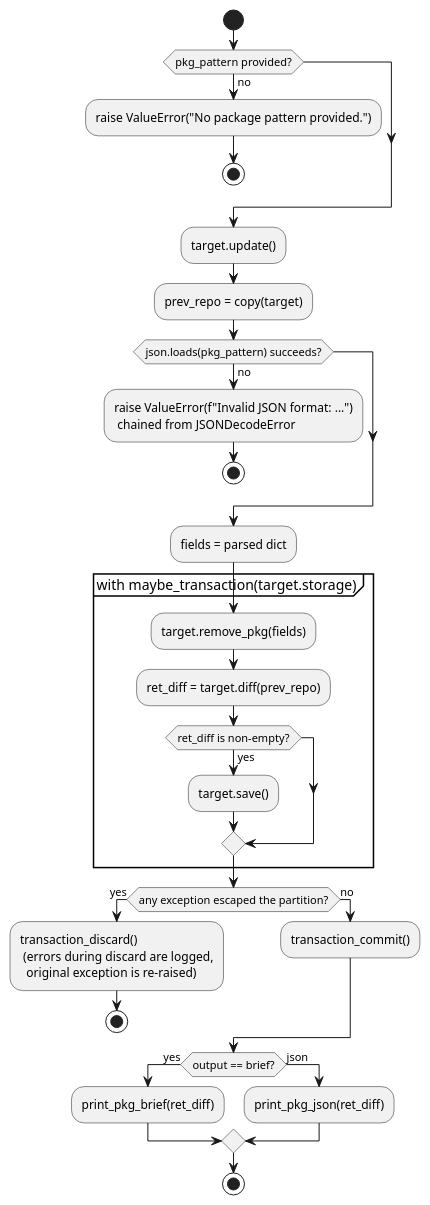
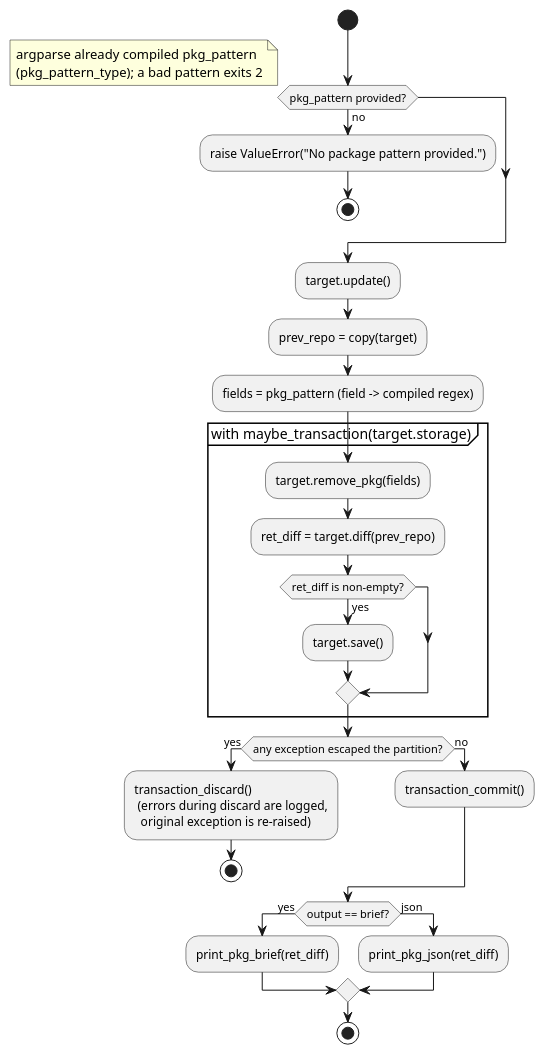
The diagram in docs/development/diagrams/action-pkg-remove-activity.puml (vinklat/debkit), drawn with PlantUML before and after one commit. The commit also changed 19 other files, not shown here.

First line of the commit message:
Validate --pkg-pattern at the CLI boundary

```diff
--- a/docs/development/diagrams/action-pkg-remove-activity.puml
+++ b/docs/development/diagrams/action-pkg-remove-activity.puml
@@ -1,41 +1,39 @@
 @startuml
 start
 if (pkg_pattern provided?) then (no)
   :raise ValueError("No package pattern provided.");
   stop
 endif
+note right
+  argparse already compiled pkg_pattern
+  (pkg_pattern_type); a bad pattern exits 2
+end note
 
 :target.update();
 :prev_repo = copy(target);
-
-if (json.loads(pkg_pattern) succeeds?) then (no)
-  :raise ValueError(f"Invalid JSON format: ...")
-   chained from JSONDecodeError;
-  stop
-endif
-:fields = parsed dict;
+:fields = pkg_pattern (field -> compiled regex);
 
 partition "with maybe_transaction(target.storage)" {
   :target.remove_pkg(fields);
   :ret_diff = target.diff(prev_repo);
   if (ret_diff is non-empty?) then (yes)
     :target.save();
   endif
 }
 
 if (any exception escaped the partition?) then (yes)
   :transaction_discard()
    (errors during discard are logged,
     original exception is re-raised);
   stop
 else (no)
   :transaction_commit();
 endif
 
 if (output == brief?) then (yes)
   :print_pkg_brief(ret_diff);
 else (json)
   :print_pkg_json(ret_diff);
 endif
 stop
 @enduml
```
